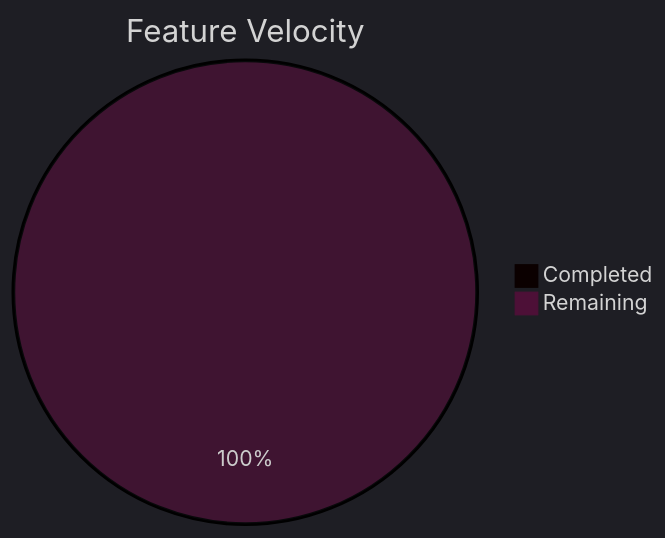
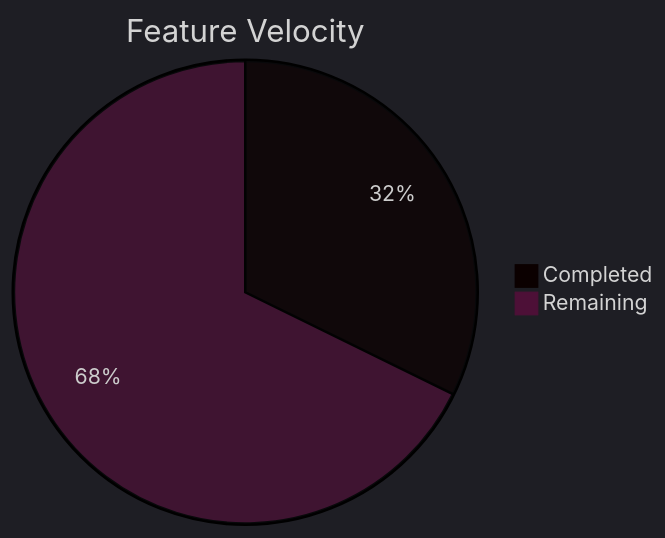
Before and after one commit to Neogleamz/SK8Lytz: the fifth of 6 diagrams in tools/SK8Lytz_Bucket_List.md, drawn with Mermaid. The commit also changed other lines of this file and 2 other files, not shown here.

````diff
--- a/tools/SK8Lytz_Bucket_List.md
+++ b/tools/SK8Lytz_Bucket_List.md
@@ -83,6 +79,6 @@
 ```mermaid
 %%{init: {'theme': 'dark'}}%%
 pie title Feature Velocity
-  "Completed" : 0
-  "Remaining" : 18
+  "Completed" : 10
+  "Remaining" : 21
 ```
````
